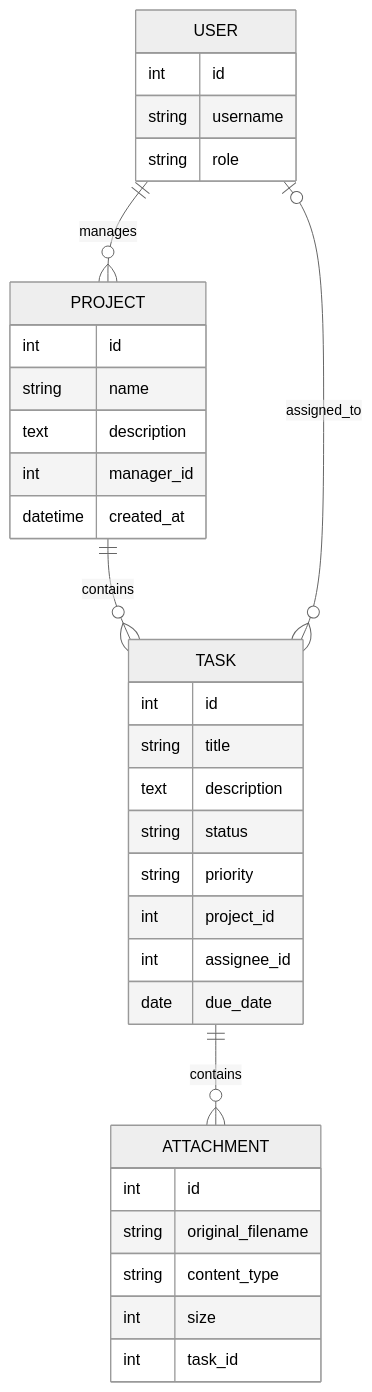
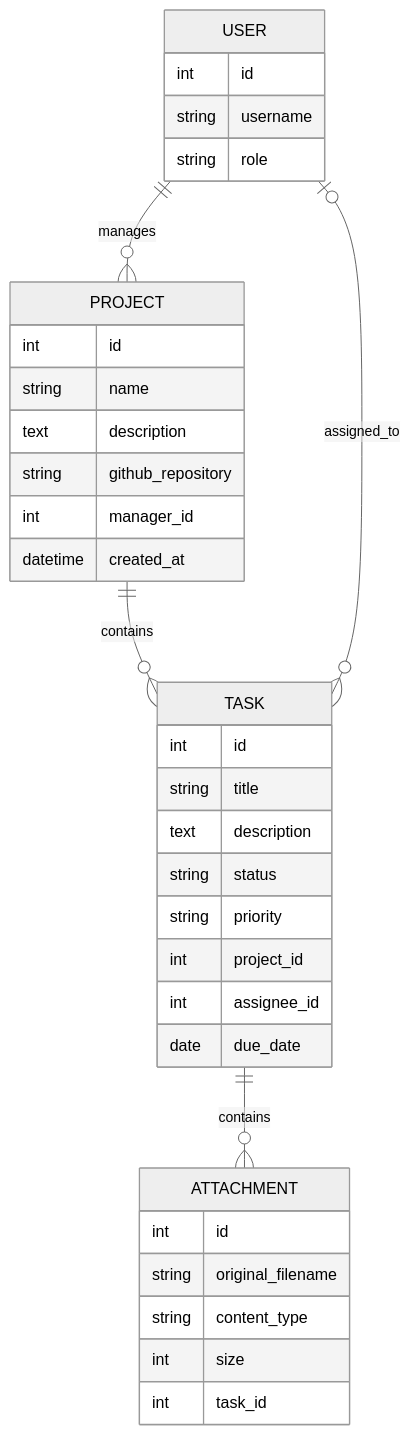
The diagram in README.md (Kelus01/TaskTracker), drawn with Mermaid (neutral theme) before and after one commit. The commit also changed other lines of this file and 21 other files, not shown here.

````diff
--- a/README.md
+++ b/README.md
@@ -42,37 +42,38 @@
 ```mermaid
 erDiagram
     USER ||--o{ PROJECT : manages
     PROJECT ||--o{ TASK : contains
     USER o|--o{ TASK : assigned_to
     TASK ||--o{ ATTACHMENT : contains
 
     USER {
         int id
         string username
         string role
     }
     PROJECT {
         int id
         string name
         text description
+        string github_repository
         int manager_id
         datetime created_at
     }
     TASK {
         int id
         string title
         text description
         string status
         string priority
         int project_id
         int assignee_id
         date due_date
     }
     ATTACHMENT {
         int id
         string original_filename
         string content_type
         int size
         int task_id
     }
 ```
````
